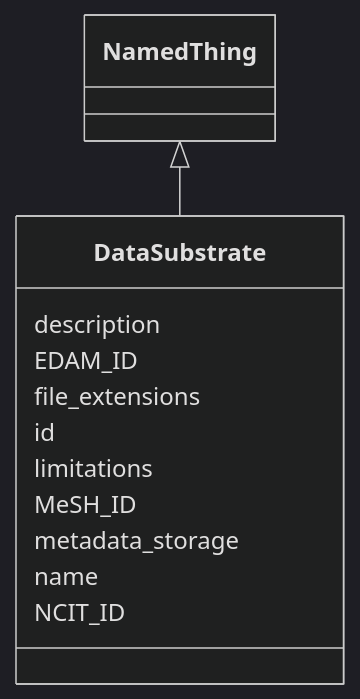
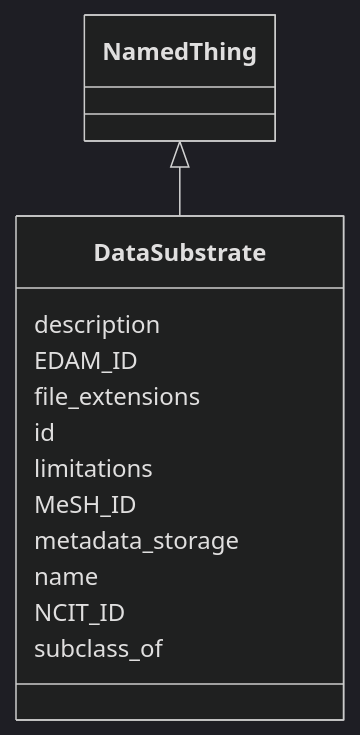
The diagram in docs/DataSubstrate.md (bridge2ai/standards-schemas), drawn with Mermaid (dark theme) before and after one commit. The commit also changed other lines of this file and 57 other files, not shown here.

````diff
--- a/docs/DataSubstrate.md
+++ b/docs/DataSubstrate.md
@@ -10,16 +11,17 @@
 ```mermaid
  classDiagram
     class DataSubstrate
       NamedThing <|-- DataSubstrate
       
       DataSubstrate : description
       DataSubstrate : EDAM_ID
       DataSubstrate : file_extensions
       DataSubstrate : id
       DataSubstrate : limitations
       DataSubstrate : MeSH_ID
       DataSubstrate : metadata_storage
       DataSubstrate : name
       DataSubstrate : NCIT_ID
+      DataSubstrate : subclass_of
       
 ```
````
